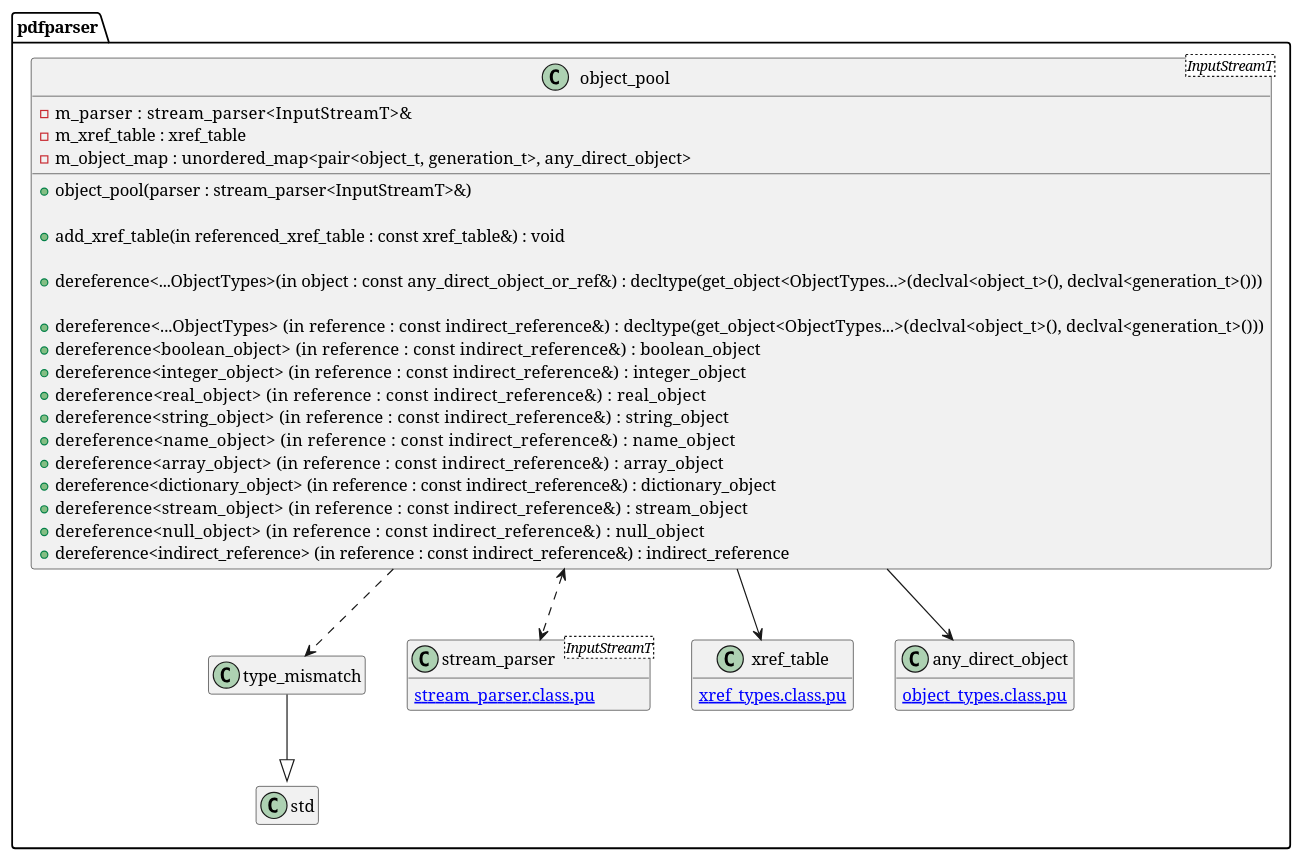
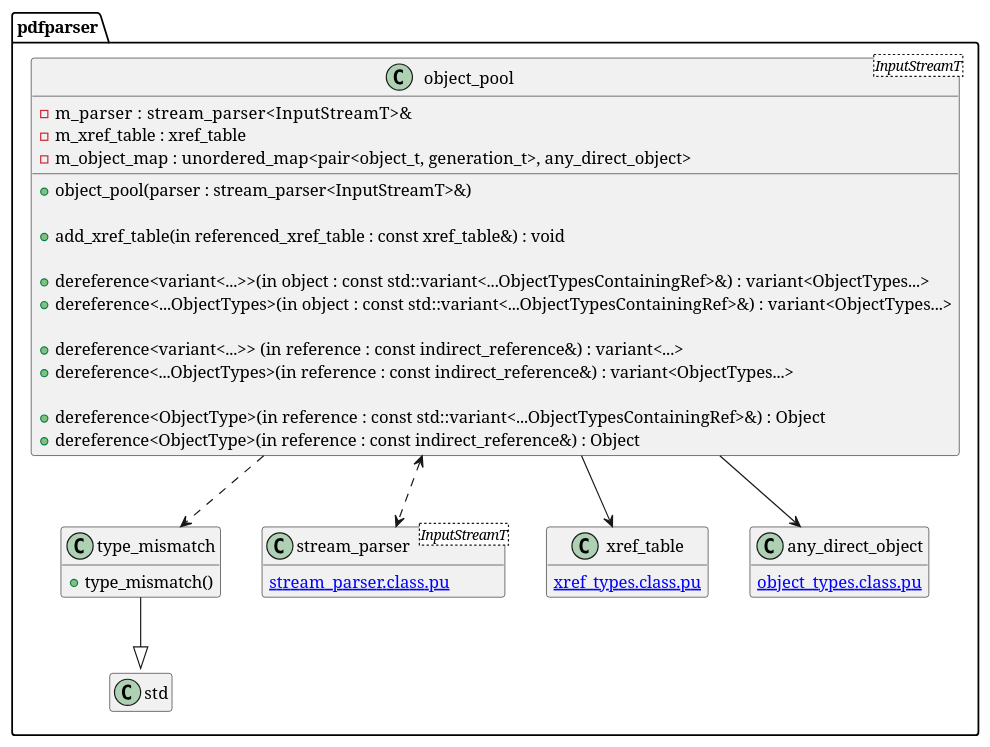
The diagram in document/object_pool.class.pu (KodaiYM/PDFReader), drawn with PlantUML before and after one commit. The commit also changed 1 other file, not shown here.

Commit message:
object_pool の汎用性を上げ、type_mismatch エラーの追加

```diff
--- a/document/object_pool.class.pu
+++ b/document/object_pool.class.pu
@@ -1,45 +1,44 @@
 @startuml object_pool
 hide empty members
 namespace pdfparser {
-class type_mismatch {}
+class type_mismatch {
+	+type_mismatch()
+}
 type_mismatch --|> std::runtime_error
 
 class object_pool<InputStreamT> {
 	-m_parser     : stream_parser<InputStreamT>&
 	-m_xref_table : xref_table
 	-m_object_map : unordered_map<pair<object_t, generation_t>, any_direct_object>
 
 	+object_pool(parser : stream_parser<InputStreamT>&)
 
 	+add_xref_table(in referenced_xref_table : const xref_table&) : void
 
-	+dereference<...ObjectTypes>(in object : const any_direct_object_or_ref&) : decltype(get_object<ObjectTypes...>(declval<object_t>(), declval<generation_t>()))
+	' NOTE: variant 版は必要になったら実装
+	+dereference<variant<...>>(in object : const std::variant<...ObjectTypesContainingRef>&) : variant<ObjectTypes...>
+	+dereference<...ObjectTypes>(in object : const std::variant<...ObjectTypesContainingRef>&) : variant<ObjectTypes...>
 
-	+dereference<...ObjectTypes>     (in reference : const indirect_reference&) : decltype(get_object<ObjectTypes...>(declval<object_t>(), declval<generation_t>()))
-	+dereference<boolean_object>     (in reference : const indirect_reference&) : boolean_object
-	+dereference<integer_object>     (in reference : const indirect_reference&) : integer_object
-	+dereference<real_object>        (in reference : const indirect_reference&) : real_object
-	+dereference<string_object>      (in reference : const indirect_reference&) : string_object
-	+dereference<name_object>        (in reference : const indirect_reference&) : name_object
-	+dereference<array_object>       (in reference : const indirect_reference&) : array_object
-	+dereference<dictionary_object>  (in reference : const indirect_reference&) : dictionary_object
-	+dereference<stream_object>      (in reference : const indirect_reference&) : stream_object
-	+dereference<null_object>        (in reference : const indirect_reference&) : null_object
-	+dereference<indirect_reference> (in reference : const indirect_reference&) : indirect_reference
+	' NOTE: variant 版は必要になったら実装
+	+dereference<variant<...>>  (in reference : const indirect_reference&) : variant<...>
+	+dereference<...ObjectTypes>(in reference : const indirect_reference&) : variant<ObjectTypes...>
+
+	+dereference<ObjectType>(in reference : const std::variant<...ObjectTypesContainingRef>&) : Object
+	+dereference<ObjectType>(in reference : const indirect_reference&) : Object
 }
 object_pool <..> stream_parser
 object_pool --> xref_table
 object_pool --> any_direct_object
 object_pool ..> type_mismatch
 
 class stream_parser<InputStreamT> {
 	[[stream_parser.class.pu]]
 }
 class xref_table {
 	[[xref_types.class.pu]]
 }
 class any_direct_object  {
 	[[object_types.class.pu]]
 }
 }
 @enduml
```
